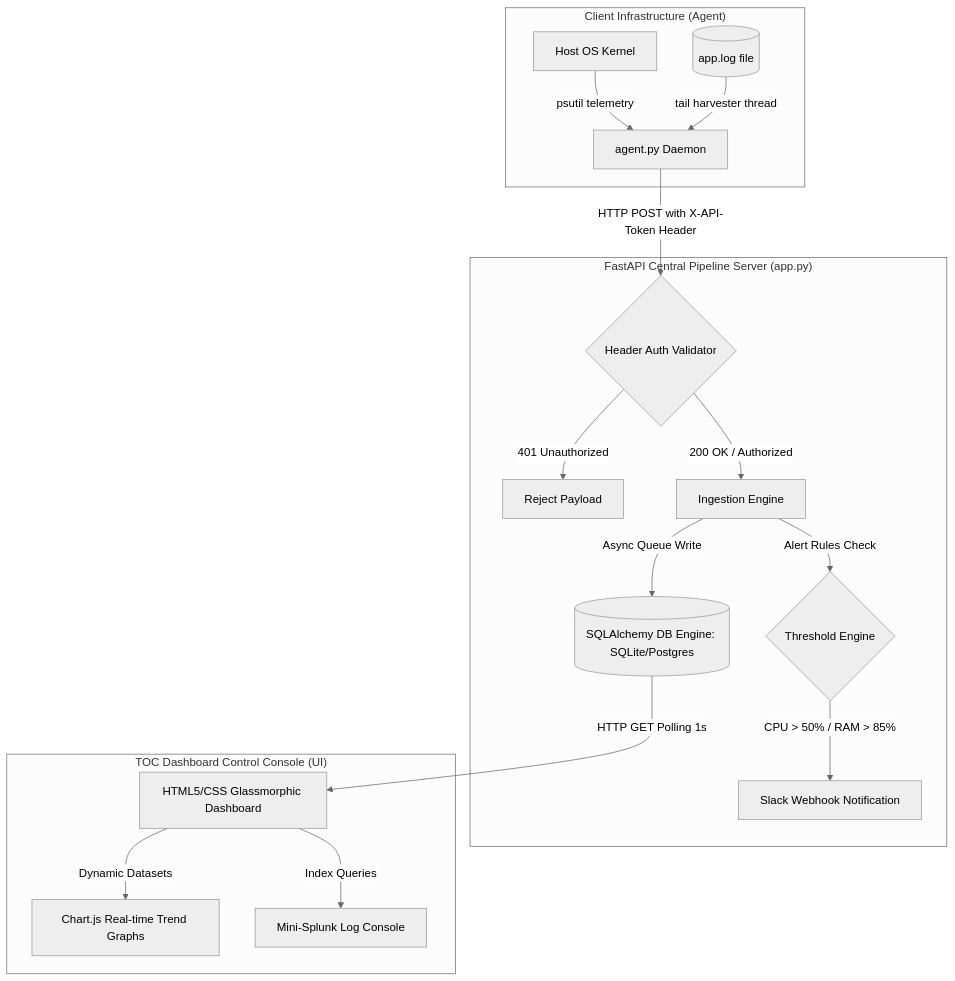
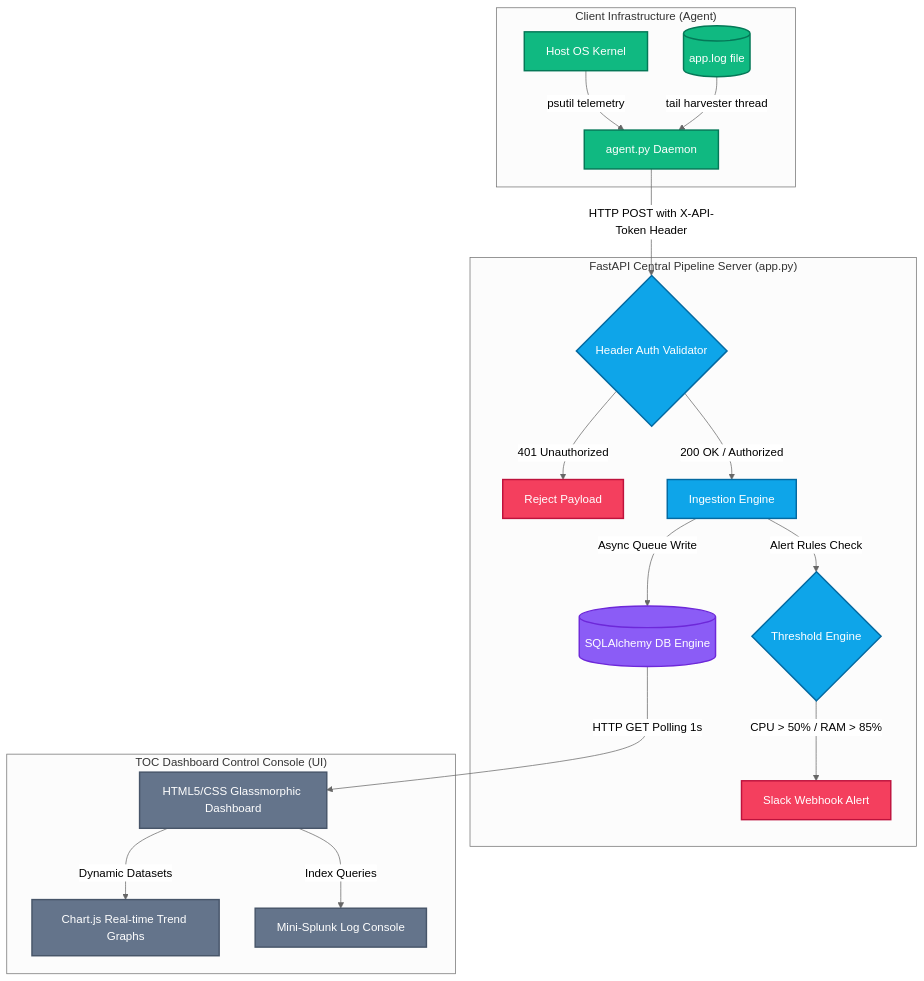
The diagram in README.md (nikki-nooka/Enterprise-Cloud-Monitoring-Pipeline), drawn with Mermaid (neutral theme) before and after one commit.

Commit message:
Docs: Styled the Mermaid diagram inside README.md for premium high-contrast rendering on GitHub

````diff
--- a/README.md
+++ b/README.md
@@ -20,23 +20,30 @@
 ```mermaid
 flowchart TD
+    %% Class Definitions for Premium Styling
+    classDef agent fill:#10b981,stroke:#047857,stroke-width:2px,color:#fff;
+    classDef server fill:#0ea5e9,stroke:#0369a1,stroke-width:2px,color:#fff;
+    classDef alert fill:#f43f5e,stroke:#be123c,stroke-width:2px,color:#fff;
+    classDef database fill:#8b5cf6,stroke:#6d28d9,stroke-width:2px,color:#fff;
+    classDef ui fill:#64748b,stroke:#475569,stroke-width:2px,color:#fff;
+
     subgraph "Client Infrastructure (Agent)"
-        OS[Host OS Kernel] -->|psutil telemetry| AG[agent.py Daemon]
-        LOGS[(app.log file)] -->|tail harvester thread| AG
+        OS["Host OS Kernel"]:::agent -->|psutil telemetry| AG["agent.py Daemon"]:::agent
+        LOGS[("app.log file")]:::agent -->|tail harvester thread| AG
     end
 
     subgraph "FastAPI Central Pipeline Server (app.py)"
-        AG -->|HTTP POST with X-API-Token Header| SEC{Header Auth Validator}
-        SEC -->|401 Unauthorized| REJ[Reject Payload]
-        SEC -->|200 OK / Authorized| BG[Ingestion Engine]
+        AG -->|HTTP POST with X-API-Token Header| SEC{"Header Auth Validator"}:::server
+        SEC -->|401 Unauthorized| REJ["Reject Payload"]:::alert
+        SEC -->|200 OK / Authorized| BG["Ingestion Engine"]:::server
         
-        BG -->|Async Queue Write| DB[(SQLAlchemy DB Engine: SQLite/Postgres)]
-        BG -->|Alert Rules Check| AL{Threshold Engine}
-        AL -->|CPU > 50% / RAM > 85%| SL[Slack Webhook Notification]
+        BG -->|Async Queue Write| DB[("SQLAlchemy DB Engine")]:::database
+        BG -->|Alert Rules Check| AL{"Threshold Engine"}:::server
+        AL -->|CPU > 50% / RAM > 85%| SL["Slack Webhook Alert"]:::alert
     end
 
     subgraph "TOC Dashboard Control Console (UI)"
-        DB -->|HTTP GET Polling 1s| UI[HTML5/CSS Glassmorphic Dashboard]
-        UI -->|Dynamic Datasets| CRT[Chart.js Real-time Trend Graphs]
-        UI -->|Index Queries| SPL[Mini-Splunk Log Console]
+        DB -->|HTTP GET Polling 1s| UI["HTML5/CSS Glassmorphic Dashboard"]:::ui
+        UI -->|Dynamic Datasets| CRT["Chart.js Real-time Trend Graphs"]:::ui
+        UI -->|Index Queries| SPL["Mini-Splunk Log Console"]:::ui
     end
 ```
````
